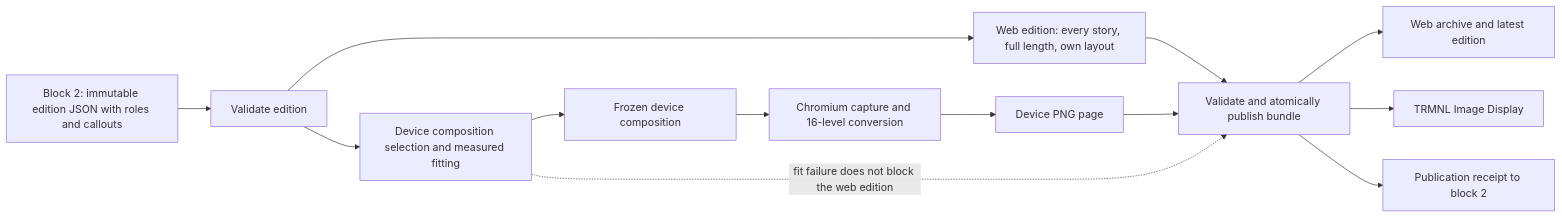
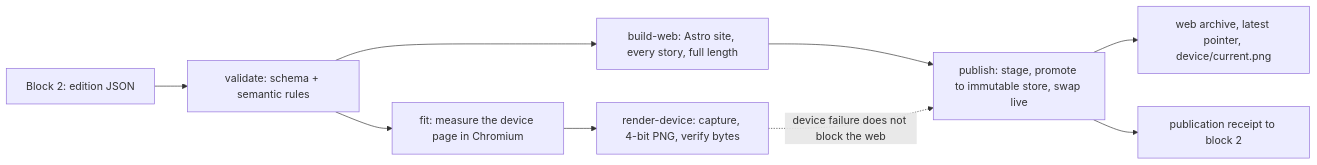
Before and after one commit to vyakimov/copenhagen-daily: the diagram in plans/news-publishing-architecture-plan.md, drawn with Mermaid. The commit also changed other lines of this file and 1 other file, not shown here.

First line of the commit message:
Record block 1's architecture as built and bring block 3's up to date

````diff
--- a/plans/news-publishing-architecture-plan.md
+++ b/plans/news-publishing-architecture-plan.md
@@ -21,15 +29,11 @@
 ```mermaid
 flowchart LR
-    A[Block 2: immutable edition JSON with roles and callouts] --> B[Validate edition]
-    B --> E[Web edition: every story, full length, own layout]
-    B --> C[Device composition selection and measured fitting]
-    C --> D[Frozen device composition]
-    D --> F[Chromium capture and 16-level conversion]
-    F --> G[Device PNG page]
-    C -.->|fit failure does not block the web edition| H
-    E --> H[Validate and atomically publish bundle]
-    G --> H
-    H --> I[Web archive and latest edition]
-    H --> J[TRMNL Image Display]
-    H --> K[Publication receipt to block 2]
+    A[Block 2: edition JSON] --> B[validate: schema + semantic rules]
+    B --> E[build-web: Astro site, every story, full length]
+    B --> C[fit: measure the device page in Chromium]
+    C --> D[render-device: capture, 4-bit PNG, verify bytes]
+    E --> H[publish: stage, promote to immutable store, swap live]
+    D -.->|device failure does not block the web| H
+    H --> I[web archive, latest pointer, device/current.png]
+    H --> K[publication receipt to block 2]
 ```
````
